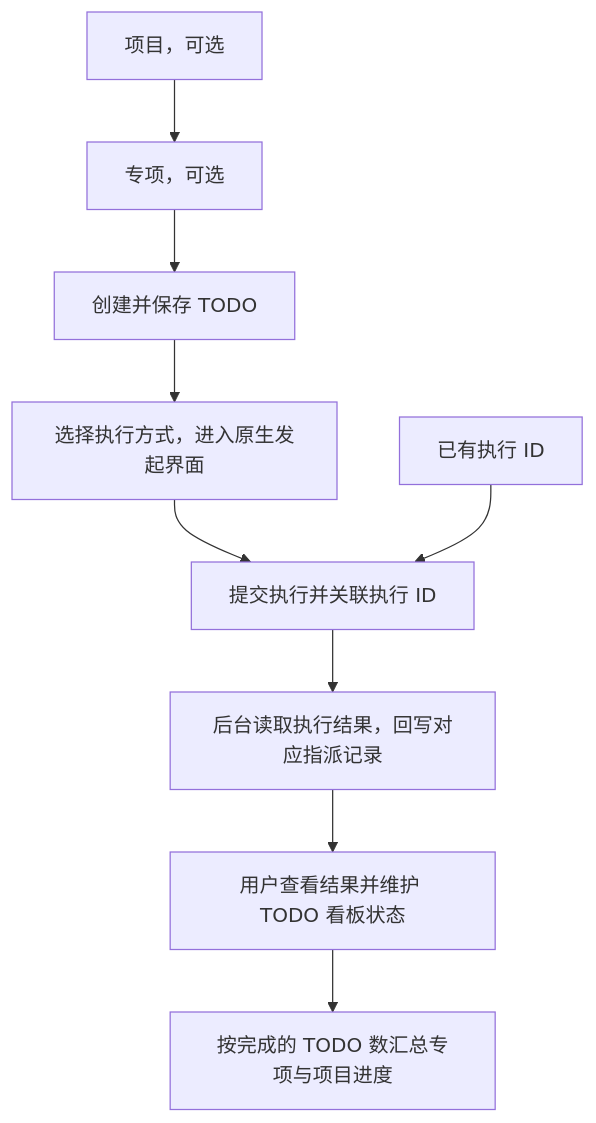
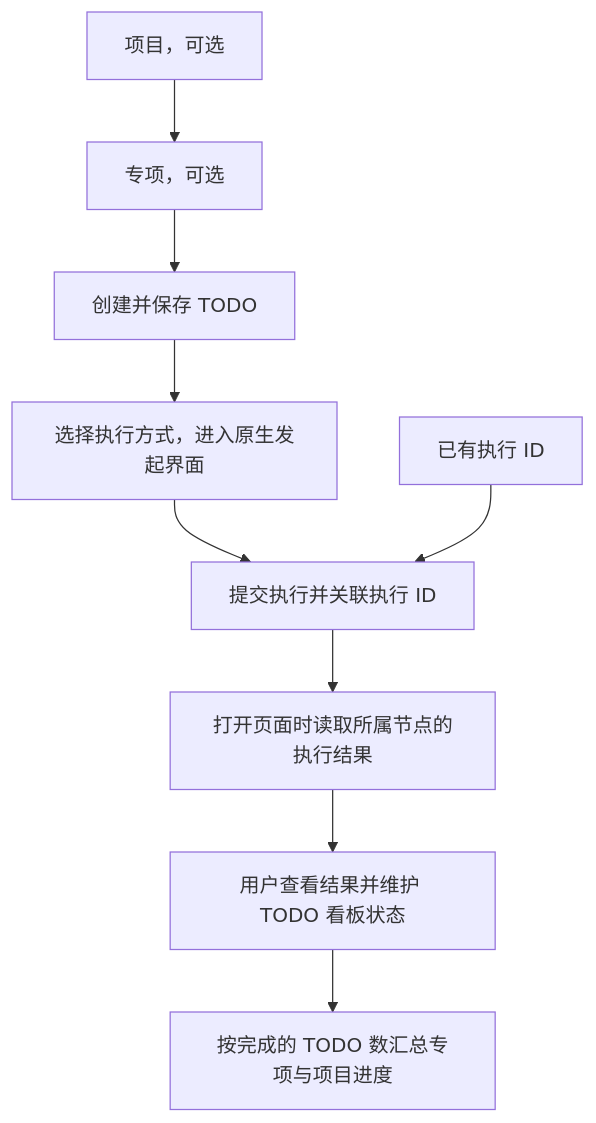
Before and after one commit to MoSunDay/opencoder: the diagram in rules/07-project-module-contract.md, drawn with Mermaid. The commit also changed other lines of this file and 225 other files, not shown here.

````diff
--- a/rules/07-project-module-contract.md
+++ b/rules/07-project-module-contract.md
@@ -27,11 +27,11 @@
 ```mermaid
 flowchart TD
     P[项目，可选] --> I[专项，可选]
     I --> T[创建并保存 TODO]
     T --> L[选择执行方式，进入原生发起界面]
     L --> E[提交执行并关联执行 ID]
     X[已有执行 ID] --> E
-    E --> R[后台读取执行结果，回写对应指派记录]
+    E --> R[打开页面时读取所属节点的执行结果]
     R --> U[用户查看结果并维护 TODO 看板状态]
     U --> G[按完成的 TODO 数汇总专项与项目进度]
 ```
````
